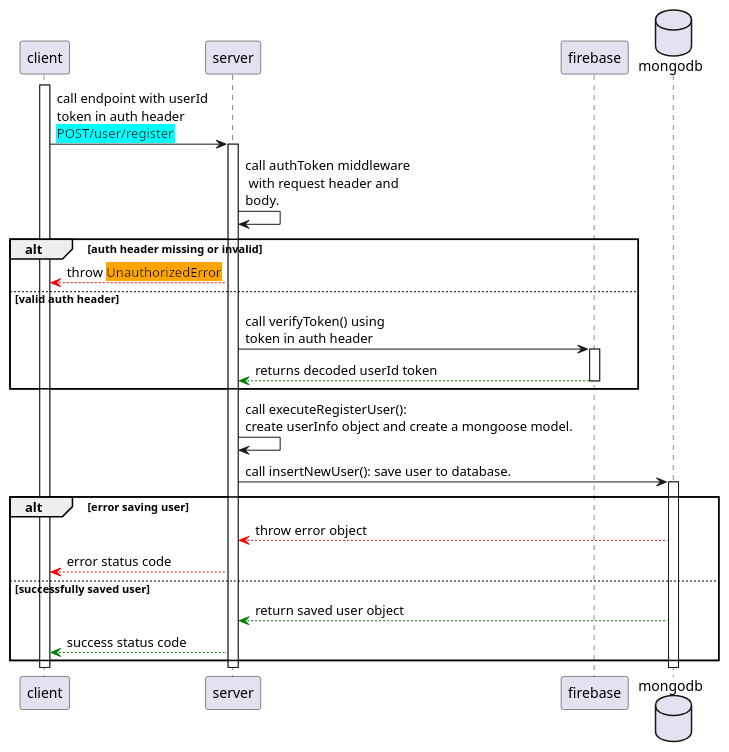
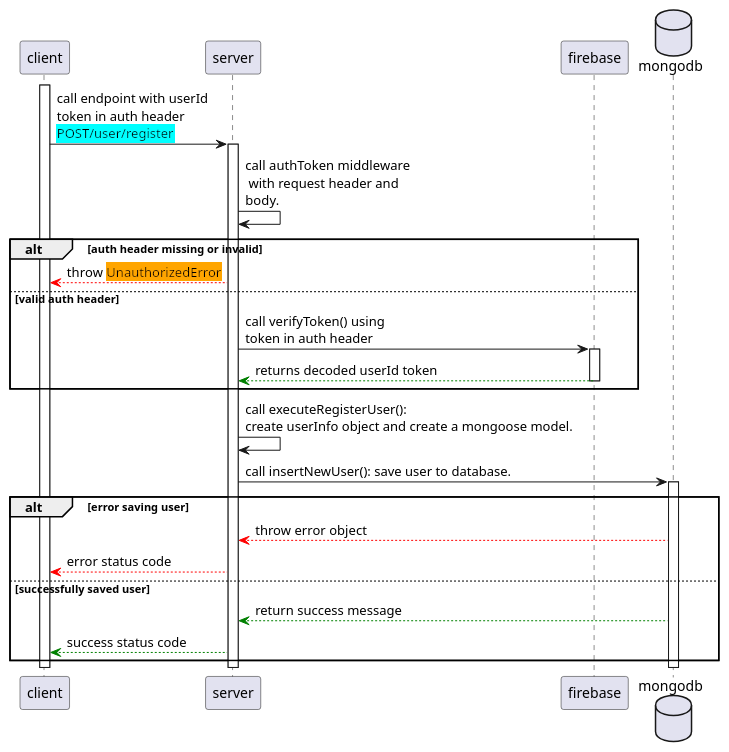
The diagram in diagrams/register_user.puml (hulodev/hulo-backend), drawn with PlantUML before and after one commit.

Commit message:
[User] update response from mongodb to server

```diff
--- a/diagrams/register_user.puml
+++ b/diagrams/register_user.puml
@@ -1,36 +1,35 @@
 @startuml
-'https://plantuml.com/sequence-diagram
 
 participant client
 participant server
 participant firebase
 database mongodb
 
 activate client
     client -> server : call endpoint with userId\ntoken in auth header\n<back:cyan>POST/user/register
     activate server
         server -> server: call authToken middleware\n with request header and\nbody.
         alt auth header missing or invalid
             server -[#red]-> client: throw <back:orange>UnauthorizedError
         else valid auth header
             server -> firebase: call verifyToken() using\ntoken in auth header
             activate firebase
                 firebase -[#green]-> server: returns decoded userId token
             deactivate firebase
         end
 
         server -> server: call executeRegisterUser(): \ncreate userInfo object and create a mongoose model.
         server -> mongodb: call insertNewUser(): save user to database.
         activate mongodb
             alt error saving user
                 mongodb -[#red]-> server: throw error object
                 server -[#red]-> client: error status code
             else successfully saved user
-                mongodb -[#green]-> server: return saved user object
+                mongodb -[#green]-> server: return success message
                 server -[#green]-> client: success status code
             end
         deactivate mongodb
     deactivate server
 deactivate client
 
 @enduml
```
